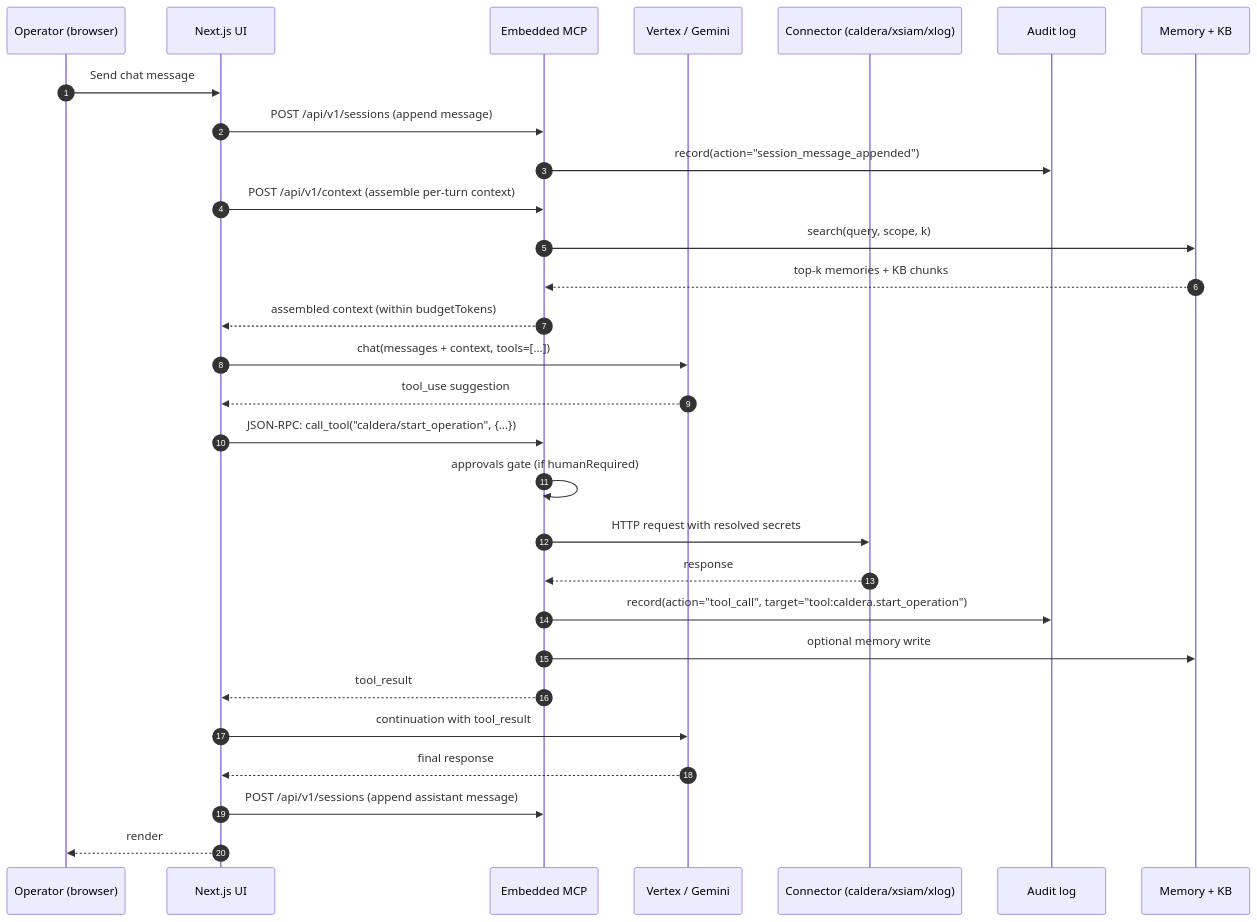
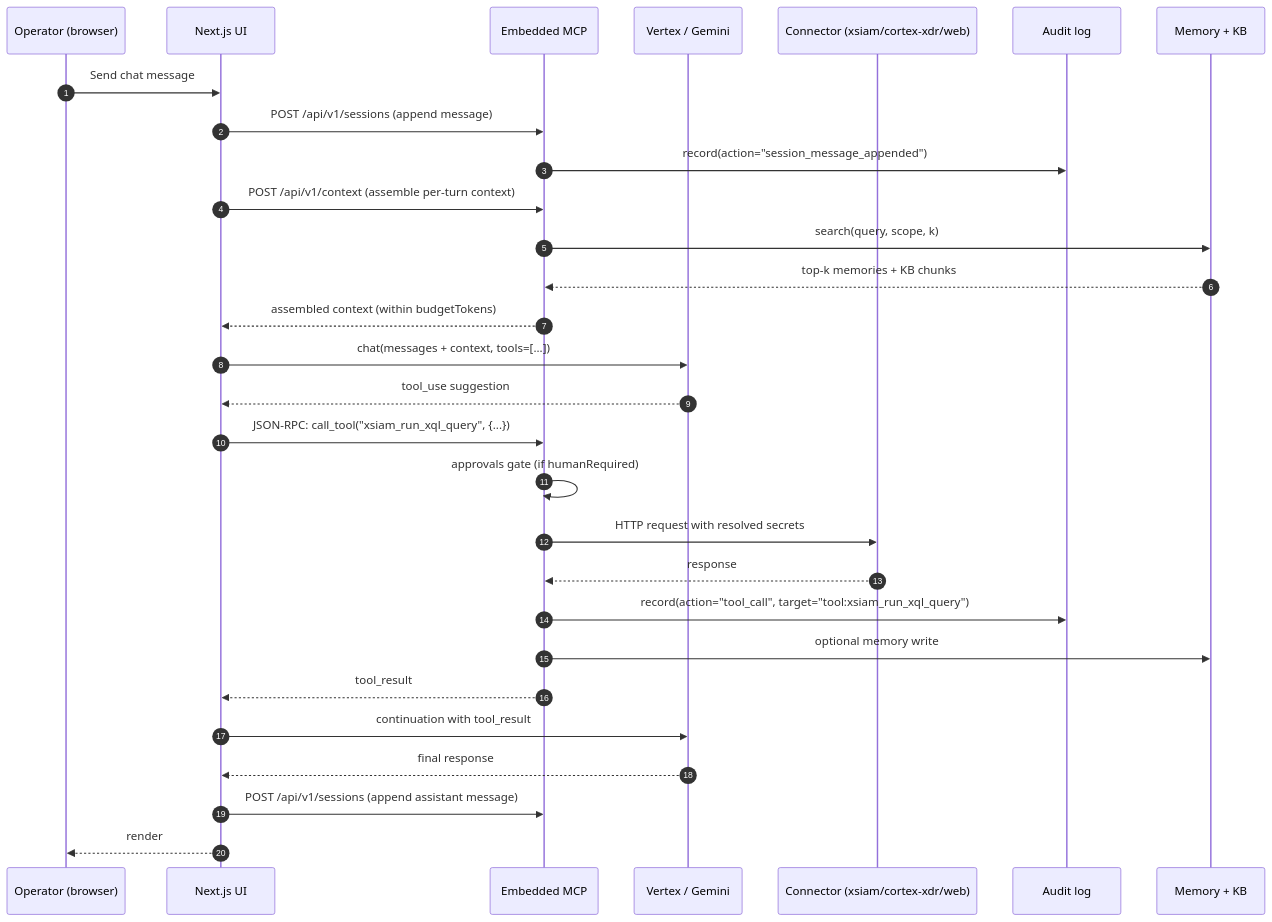
One commit to socagents/guardian changed the second of 3 diagrams in docs/architecture.md. Above: the diagram before and after it, drawn with Mermaid. The commit also changed other lines of this file and 41 other files, not shown here.

````diff
--- a/docs/architecture.md
+++ b/docs/architecture.md
@@ -64,32 +63,32 @@
 ```mermaid
 sequenceDiagram
   autonumber
   participant Op as Operator (browser)
   participant UI as Next.js UI
   participant MCP as Embedded MCP
   participant Vertex as Vertex / Gemini
-  participant Conn as Connector (caldera/xsiam/xlog)
+  participant Conn as Connector (xsiam/cortex-xdr/web)
   participant Audit as Audit log
   participant Mem as Memory + KB
 
   Op->>UI: Send chat message
   UI->>MCP: POST /api/v1/sessions (append message)
   MCP->>Audit: record(action="session_message_appended")
   UI->>MCP: POST /api/v1/context (assemble per-turn context)
   MCP->>Mem: search(query, scope, k)
   Mem-->>MCP: top-k memories + KB chunks
   MCP-->>UI: assembled context (within budgetTokens)
   UI->>Vertex: chat(messages + context, tools=[...])
   Vertex-->>UI: tool_use suggestion
-  UI->>MCP: JSON-RPC: call_tool("caldera/start_operation", {...})
+  UI->>MCP: JSON-RPC: call_tool("xsiam_run_xql_query", {...})
   MCP->>MCP: approvals gate (if humanRequired)
   MCP->>Conn: HTTP request with resolved secrets
   Conn-->>MCP: response
-  MCP->>Audit: record(action="tool_call", target="tool:caldera.start_operation")
+  MCP->>Audit: record(action="tool_call", target="tool:xsiam_run_xql_query")
   MCP->>Mem: optional memory write
   MCP-->>UI: tool_result
   UI->>Vertex: continuation with tool_result
   Vertex-->>UI: final response
   UI->>MCP: POST /api/v1/sessions (append assistant message)
   UI-->>Op: render
 ```
````
